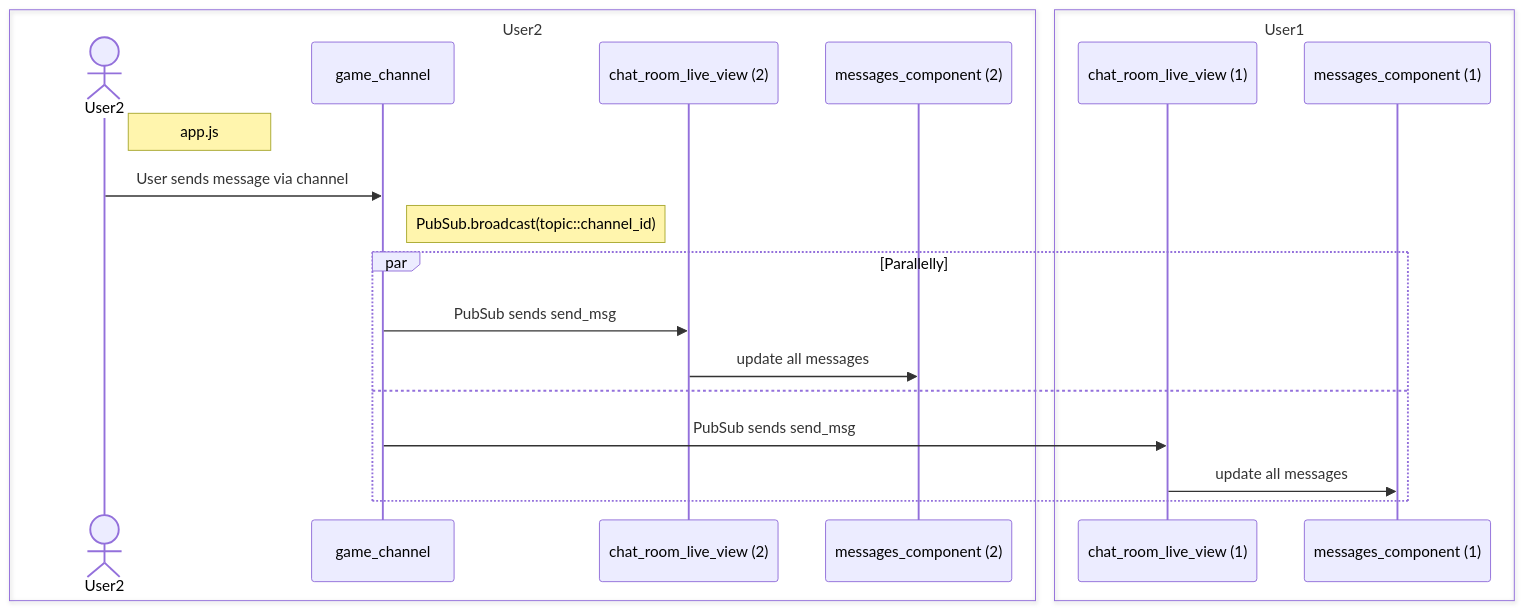
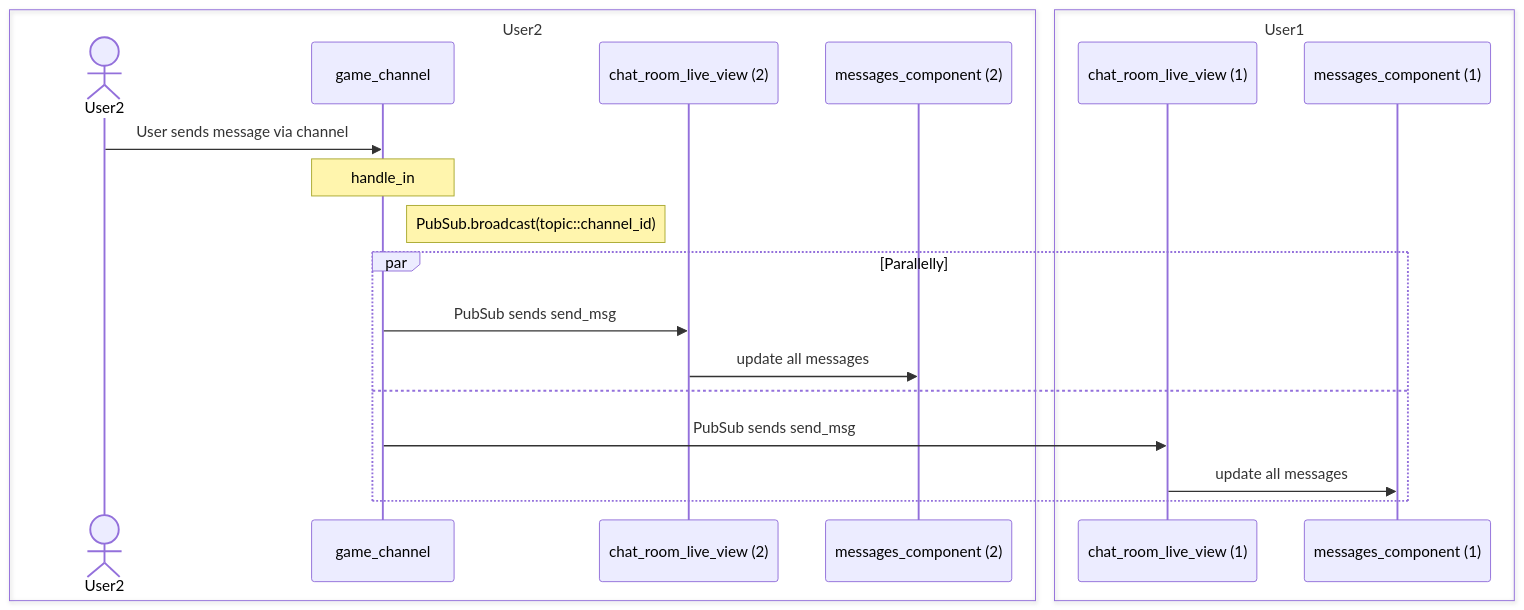
One commit to ohhi-vn/embedded_chat changed the third of 5 diagrams in README.md. Above: the diagram before and after it, drawn with Mermaid. The commit also changed 4 other files, not shown here.

````diff
--- a/README.md
+++ b/README.md
@@ -97,23 +97,23 @@
 ```mermaid
 sequenceDiagram
     box User2
     actor User2
     participant game_channel
     participant chat_room_live_view (2)
     participant messages_component (2)
     end
     box User1
     participant chat_room_live_view (1)
     participant messages_component (1)
     end
-    Note right of User2: app.js
     User2->>game_channel: User sends message via channel
+    Note over game_channel : handle_in
     Note right of game_channel: PubSub.broadcast(topic::channel_id)
     par Parallelly
     game_channel->>chat_room_live_view (2): PubSub sends send_msg
     chat_room_live_view (2)->>messages_component (2): update all messages
     and
     game_channel->>chat_room_live_view (1): PubSub sends send_msg
     chat_room_live_view (1)->>messages_component (1): update all messages
     end
 ```
````
